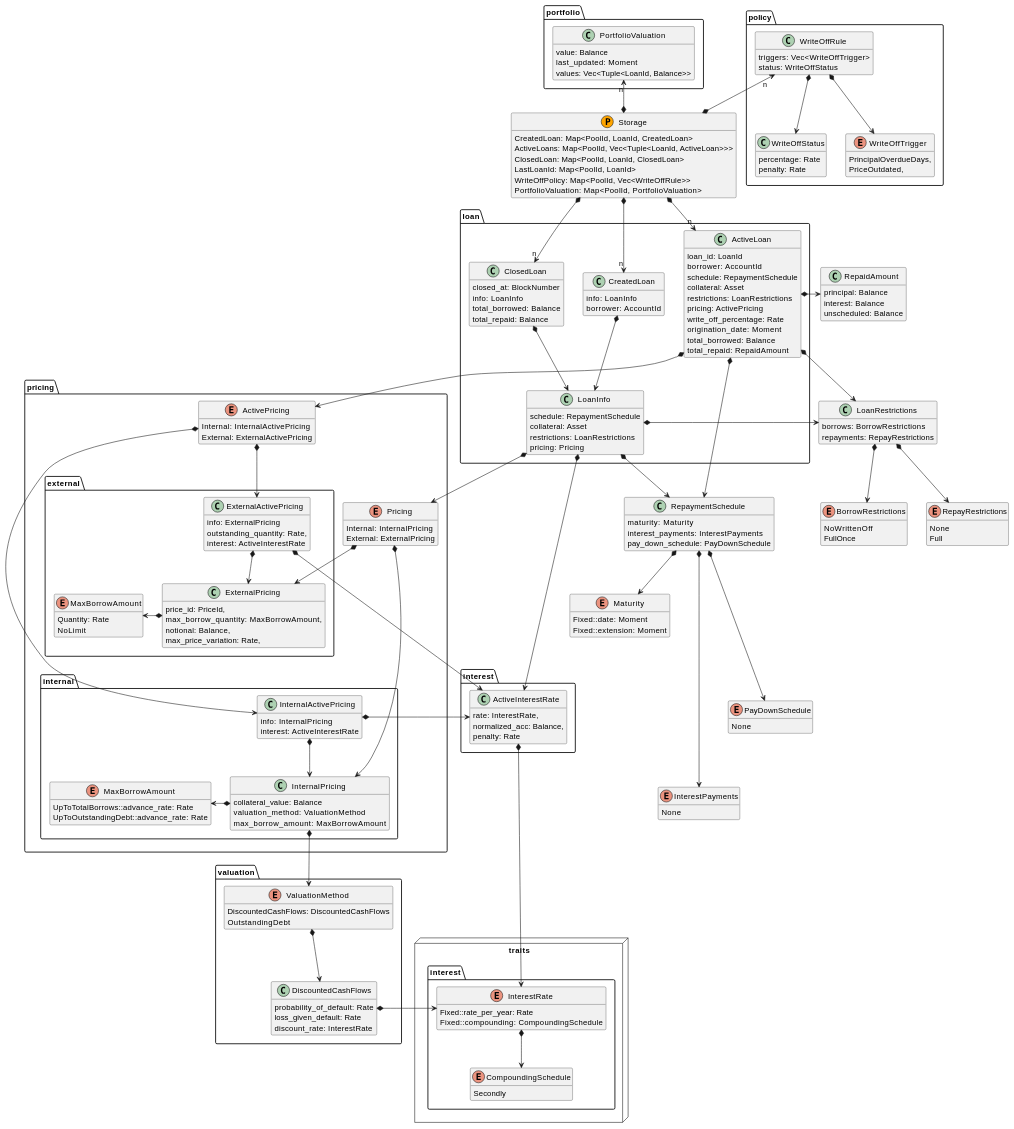
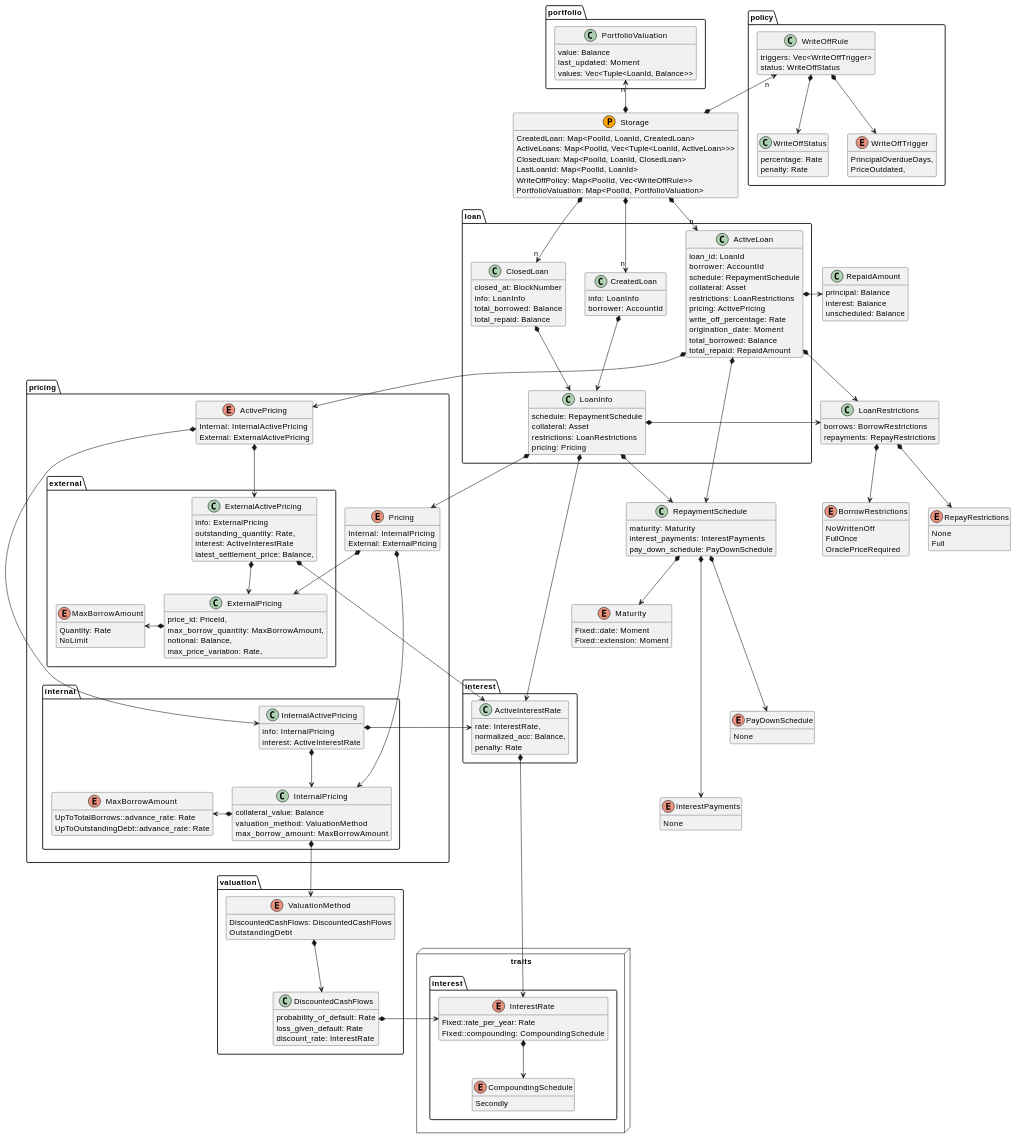
Before and after one commit to centrifuge/centrifuge-chain: the diagram in pallets/loans/docs/types.md, drawn with PlantUML. The commit also changed 8 other files, not shown here.

First line of the commit message:
Use latest settlement price by default (#1512)

```diff
--- a/pallets/loans/docs/types.md
+++ b/pallets/loans/docs/types.md
@@ -30,6 +30,7 @@
 enum BorrowRestrictions {
     NoWrittenOff
     FullOnce
+    OraclePriceRequired
 }
 
 enum RepayRestrictions {
@@ -165,6 +166,7 @@
             info: ExternalPricing
             outstanding_quantity: Rate,
             interest: ActiveInterestRate
+            latest_settlement_price: Balance,
         }
 
         ExternalActivePricing *-r-> ActiveInterestRate
```
